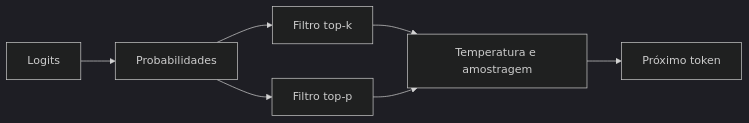
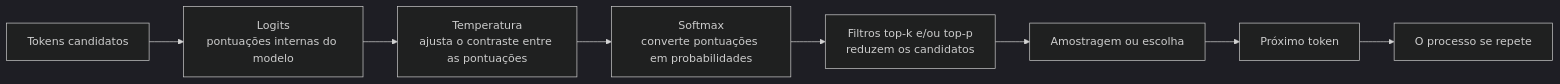
The fourth of 12 diagrams in docs/encontros/encontro-04.md (luciano-alexandre/topicos-avancados), drawn with Mermaid (dark theme) before and after one commit. The commit also changed other lines of this file, not shown here.

````diff
--- a/docs/encontros/encontro-04.md
+++ b/docs/encontros/encontro-04.md
@@ -171,9 +188,10 @@
 ```mermaid
 flowchart LR
-    L[Logits] --> P[Probabilidades]
-    P --> K[Filtro top-k]
-    P --> N[Filtro top-p]
-    K --> T[Temperatura e amostragem]
-    N --> T
-    T --> O[Próximo token]
+    C[Tokens candidatos] --> L[Logits<br/>pontuações internas do modelo]
+    L --> T[Temperatura<br/>ajusta o contraste entre as pontuações]
+    T --> S[Softmax<br/>converte pontuações em probabilidades]
+    S --> F[Filtros top-k e/ou top-p<br/>reduzem os candidatos]
+    F --> A[Amostragem ou escolha]
+    A --> O[Próximo token]
+    O --> R[O processo se repete]
 ```
````
